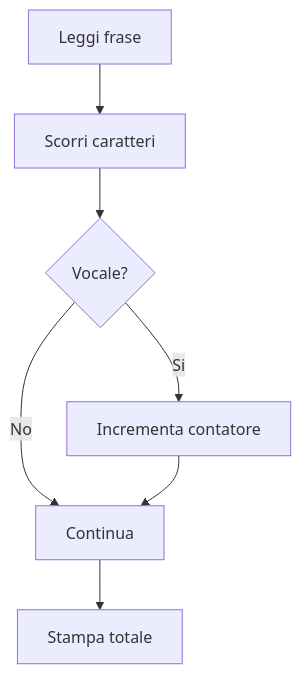
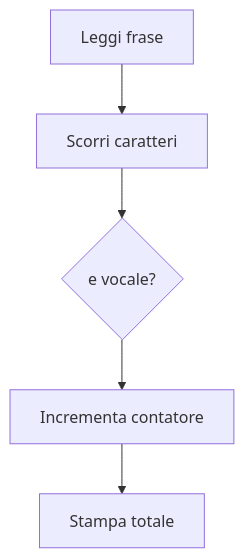
One commit to lucadagati/Lab_Fondamenti_di_Informatica_25_26 changed the eighth of 20 diagrams in 04-python-jupyter-analisi-biomedica/README.md. Above: the diagram before and after it, drawn with Mermaid. The commit also changed other lines of this file, not shown here.

First line of the commit message:
README Lab 4: diagrammi separati per Jupyter e Python

````diff
--- a/04-python-jupyter-analisi-biomedica/README.md
+++ b/04-python-jupyter-analisi-biomedica/README.md
@@ -103,9 +131,7 @@
 ```mermaid
 flowchart TD
     A[Leggi frase] --> B[Scorri caratteri]
-    B --> C{Vocale?}
-    C -- Si --> D[Incrementa contatore]
-    C -- No --> E[Continua]
-    D --> E
-    E --> F[Stampa totale]
+    B --> C{e vocale?}
+    C --> D[Incrementa contatore]
+    D --> E[Stampa totale]
 ```
````
